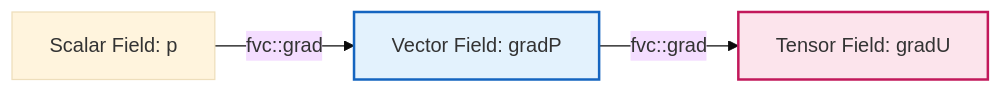
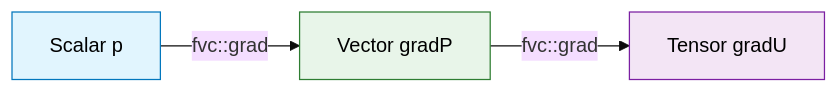
Before and after one commit to wramet/build-my-cfd: the diagram in MODULE_05_OPENFOAM_PROGRAMMING/CONTENT/10_VECTOR_CALCULUS/03_Gradient_Operations.md, drawn with Mermaid (base theme). The commit also changed 313 other files, not shown here.

Commit message:
Revise all diagram

````diff
--- a/MODULE_05_OPENFOAM_PROGRAMMING/CONTENT/10_VECTOR_CALCULUS/03_Gradient_Operations.md
+++ b/MODULE_05_OPENFOAM_PROGRAMMING/CONTENT/10_VECTOR_CALCULUS/03_Gradient_Operations.md
@@ -28,8 +28,9 @@
 ```mermaid
-graph LR
-    Scalar[Scalar Field: p] -- "fvc::grad" --> Vector[Vector Field: gradP]
-    Vector -- "fvc::grad" --> Tensor[Tensor Field: gradU]
-
-    style Vector fill:#e3f2fd,stroke:#1565c0,stroke-width:2px
-    style Tensor fill:#fce4ec,stroke:#c2185b,stroke-width:2px
+flowchart LR
+    classDef s fill:#e1f5fe,stroke:#0277bd,color:#000
+    classDef v fill:#e8f5e9,stroke:#2e7d32,color:#000
+    classDef t fill:#f3e5f5,stroke:#7b1fa2,color:#000
+    
+    Scalar[Scalar p]:::s -->|fvc::grad| Vector[Vector gradP]:::v
+    Vector -->|fvc::grad| Tensor[Tensor gradU]:::t
 ```
````
